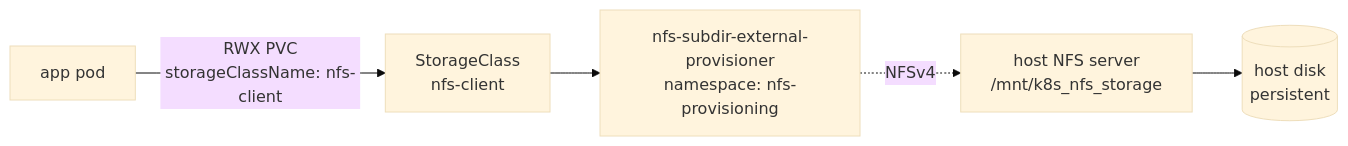
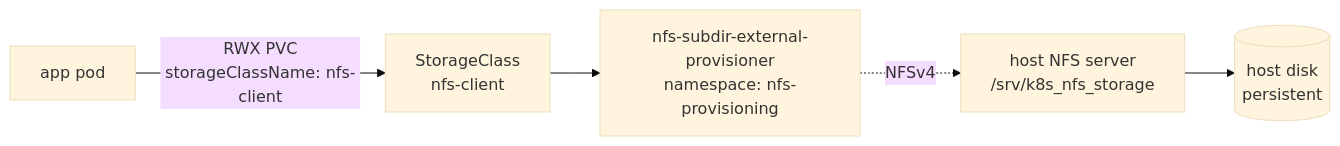
The third of 4 diagrams in README.md (AndriyKalashnykov/kind-cluster), drawn with Mermaid (base theme) before and after one commit. The commit also changed other lines of this file and 3 other files, not shown here.

````diff
--- a/README.md
+++ b/README.md
@@ -160,7 +161,7 @@
 ```mermaid
 flowchart LR
     A[app pod] -->|RWX PVC<br/>storageClassName: nfs-client| SC[StorageClass<br/>nfs-client]
     SC --> P[nfs-subdir-external-provisioner<br/>namespace: nfs-provisioning]
-    P -.NFSv4.-> HOST[host NFS server<br/>/mnt/k8s_nfs_storage]
+    P -.NFSv4.-> HOST[host NFS server<br/>/srv/k8s_nfs_storage]
     HOST --> DISK[(host disk<br/>persistent)]
 ```
````
